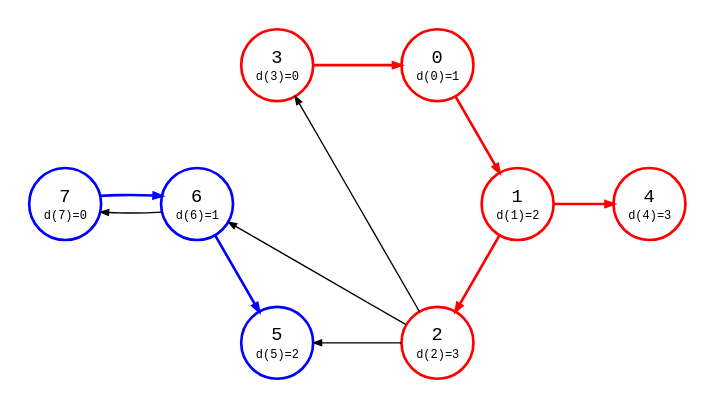
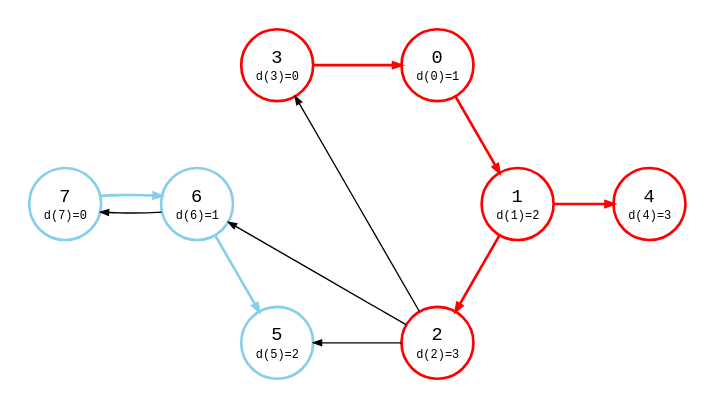
The diagram in src/bfs_dist_multi_source_1-0.87.4.dot (bsdrks/graaf-images), drawn with Graphviz before and after one commit. The commit also changed 27 other files, not shown here.

Commit message:
fix bryr_3, change blue to skyblue

```diff
--- a/src/bfs_dist_multi_source_1-0.87.4.dot
+++ b/src/bfs_dist_multi_source_1-0.87.4.dot
@@ -1,149 +1,149 @@
 digraph {
     node [shape=circle, fontname="monospace", style=bold, fixedsize=true, width="0.75"];
     edge [arrowsize=0.6, fontname="monospace", fontsize=9];
     layout=circo;
     scale=1.0;
     normalize=true;
     pad=0.2;
     splines=line;
 
     3, 0, 1, 2, 4 [style="bold"; color=red];
-    7, 6, 5 [style=bold; color=blue];
+    7, 6, 5 [style=bold; color=skyblue];
 
     0 [
         label=<
             <table border="0" cellpadding="1" cellspacing="0">
                 <tr>
                     <td>0</td>
                 </tr>
                 <tr>
                     <td><font point-size="9">d(0)=1</font></td>
                 </tr>
             </table>
         >,
         color=red,
         style=bold
     ];
 
     1 [
         label=<
             <table border="0" cellpadding="1" cellspacing="0">
                 <tr>
                     <td>1</td>
                 </tr>
                 <tr>
                     <td><font point-size="9">d(1)=2</font></td>
                 </tr>
             </table>
         >,
         color=red,
         style=bold
     ];
 
     2 [
         label=<
             <table border="0" cellpadding="1" cellspacing="0">
                 <tr>
                     <td>2</td>
                 </tr>
                 <tr>
                     <td><font point-size="9">d(2)=3</font></td>
                 </tr>
             </table>
         >,
     ];
 
     3 [
         label=<
             <table border="0" cellpadding="1" cellspacing="0">
                 <tr>
                     <td>3</td>
                 </tr>
                 <tr>
                     <td><font point-size="9">d(3)=0</font></td>
                 </tr>
             </table>
         >,
     ];
 
     4 [
         label=<
             <table border="0" cellpadding="1" cellspacing="0">
                 <tr>
                     <td>4</td>
                 </tr>
                 <tr>
                     <td><font point-size="9">d(4)=3</font></td>
                 </tr>
             </table>
         >,
     ];
 
     5 [
         label=<
             <table border="0" cellpadding="1" cellspacing="0">
                 <tr>
                     <td>5</td>
                 </tr>
                 <tr>
                     <td><font point-size="9">d(5)=2</font></td>
                 </tr>
             </table>
         >,
     ];
 
     6 [
         label=<
             <table border="0" cellpadding="1" cellspacing="0">
                 <tr>
                     <td>6</td>
                 </tr>
                 <tr>
                     <td><font point-size="9">d(6)=1</font></td>
                 </tr>
             </table>
         >,
     ];
 
     7 [
         label=<
             <table border="0" cellpadding="1" cellspacing="0">
                 <tr>
                     <td>7</td>
                 </tr>
                 <tr>
                     <td><font point-size="9">d(7)=0</font></td>
                 </tr>
             </table>
         >,
     ];
 
 
 
     3 -> 0 [
         style=bold;
         color=red;
     ];
 
     0 -> 1 [style=bold; color=red];
 
     1 -> 2 [style=bold; color=red];
 
     1 -> 4 [style=bold; color=red];
 
     2 -> 3 [color="#bbb"];
 
     2 -> 5 [color="#bbb"];
 
     2 -> 6 [color="#bbb"];
 
-    6 -> 5 [style=bold; color=blue];
+    6 -> 5 [style=bold; color=skyblue];
 
     6 -> 7 [color="#bbb"];
 
-    7 -> 6 [style=bold; color=blue];
+    7 -> 6 [style=bold; color=skyblue];
 
     1 -> 5 [style=invis];
 
     // 5 -> 6 [style=invis];
 }
```
